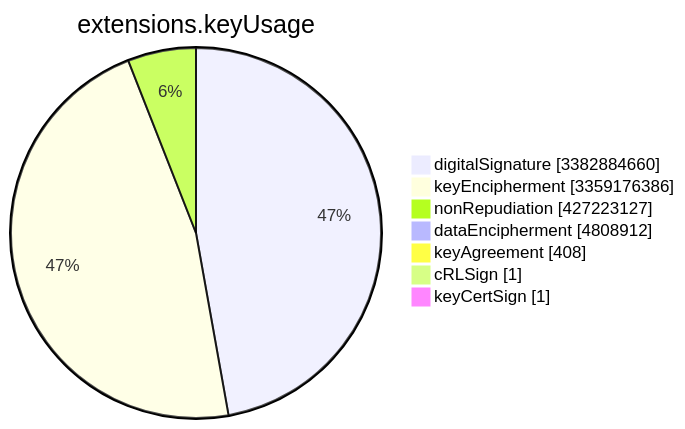
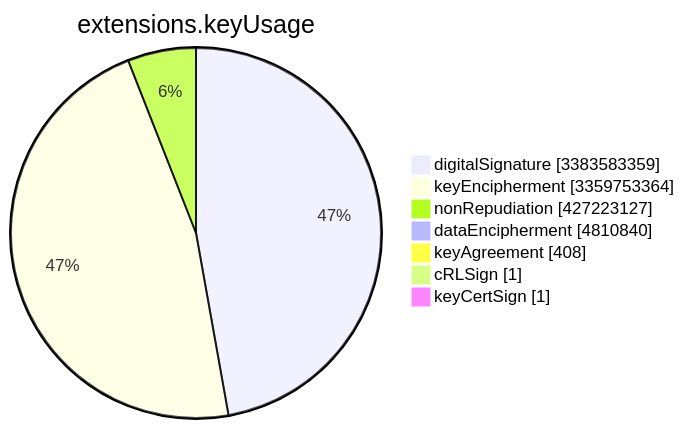
One commit to christiankrug/ctmonitor_visualization changed the sixth of 15 diagrams in TOTAL/README.md. Above: the diagram before and after it, drawn with Mermaid. The commit also changed other lines of this file, not shown here.

````diff
--- a/TOTAL/README.md
+++ b/TOTAL/README.md
@@ -3080,11 +3080,11 @@
 ```mermaid
 pie showData
 title extensions.keyUsage
-"digitalSignature" :3382884660
-"keyEncipherment" :3359176386
+"digitalSignature" :3383583359
+"keyEncipherment" :3359753364
 "nonRepudiation" :427223127
-"dataEncipherment" :4808912
+"dataEncipherment" :4810840
 "keyAgreement" :408
 "cRLSign" :1
 "keyCertSign" :1
 ```
````
